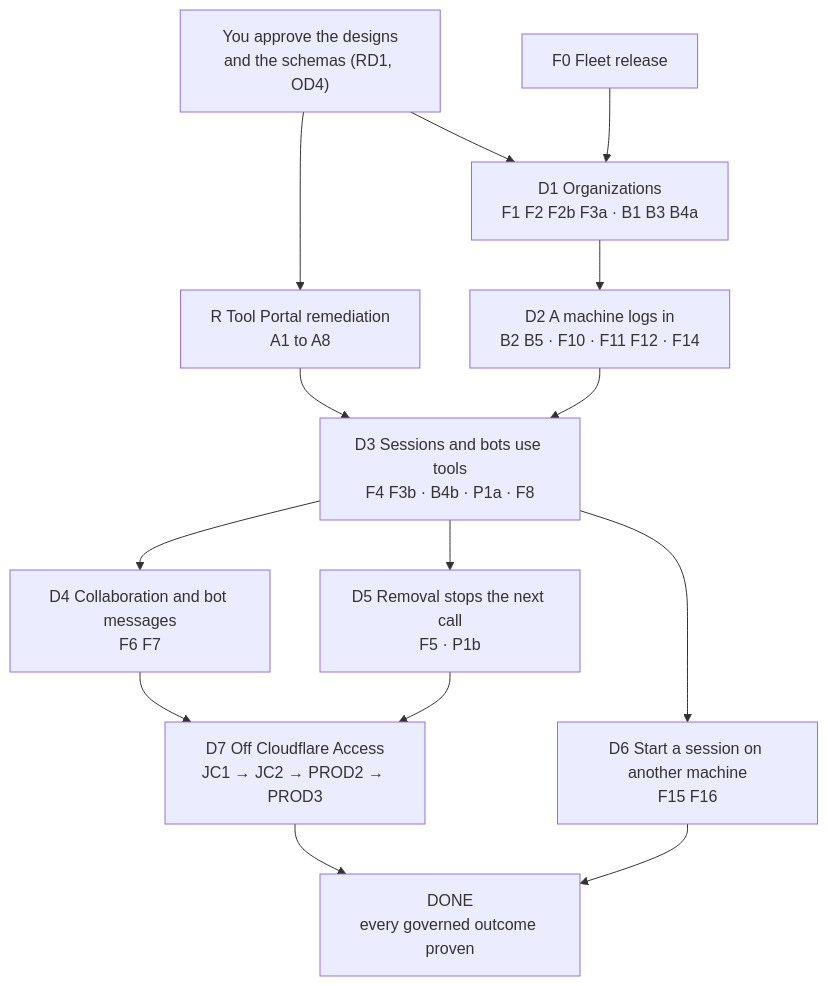
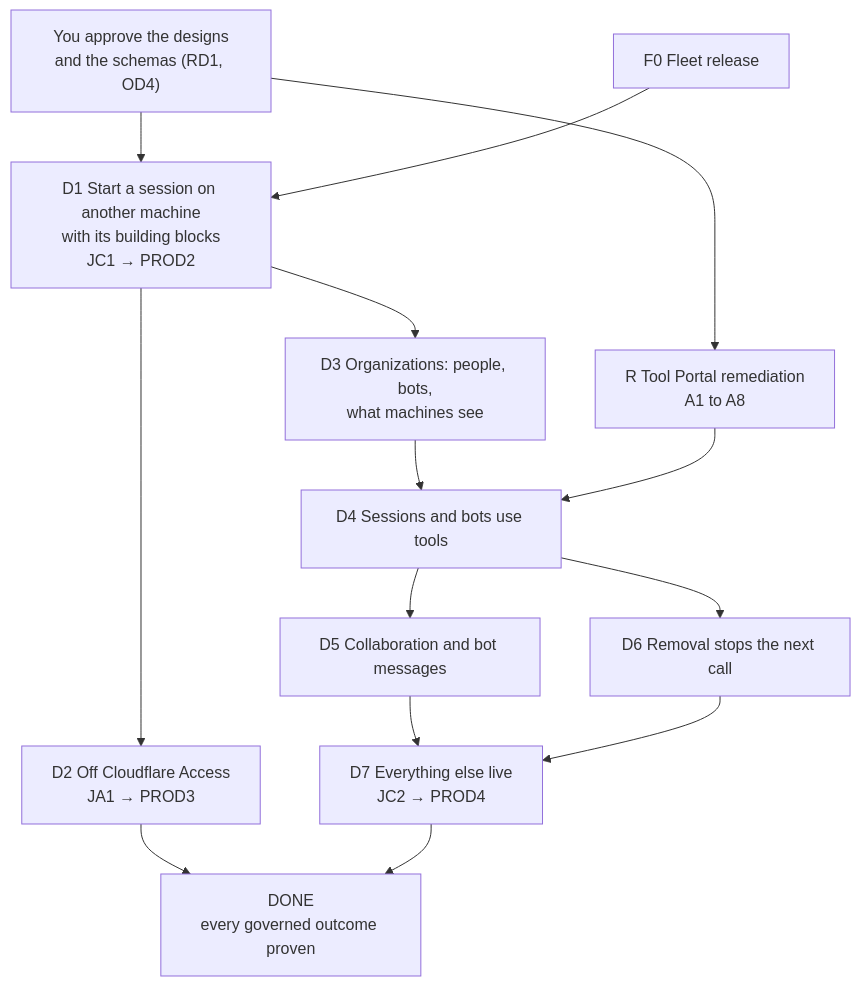
One commit to ShravanSunder/agent-vm changed the diagram in docs/specs/2026-10-24-delivery-orchestration/program-design.md. Above: the diagram before and after it, drawn with Mermaid. The commit also changed other lines of this file and 19 other files, not shown here.

````diff
--- a/docs/specs/2026-10-24-delivery-orchestration/program-design.md
+++ b/docs/specs/2026-10-24-delivery-orchestration/program-design.md
@@ -7,27 +7,27 @@
 ```mermaid
 flowchart TB
   APPROVE["You approve the designs<br/>and the schemas (RD1, OD4)"]
   F0["F0 Fleet release"]
   R["R Tool Portal remediation<br/>A1 to A8"]
-  D1["D1 Organizations<br/>F1 F2 F2b F3a · B1 B3 B4a"]
-  D2["D2 A machine logs in<br/>B2 B5 · F10 · F11 F12 · F14"]
-  D3["D3 Sessions and bots use tools<br/>F4 F3b · B4b · P1a · F8"]
-  D4["D4 Collaboration and bot messages<br/>F6 F7"]
-  D5["D5 Removal stops the next call<br/>F5 · P1b"]
-  D6["D6 Start a session on another machine<br/>F15 F16"]
-  D7["D7 Off Cloudflare Access<br/>JC1 → JC2 → PROD2 → PROD3"]
+  D1["D1 Start a session on another machine<br/>with its building blocks<br/>JC1 → PROD2"]
+  D2["D2 Off Cloudflare Access<br/>JA1 → PROD3"]
+  D3["D3 Organizations: people, bots,<br/>what machines see"]
+  D4["D4 Sessions and bots use tools"]
+  D5["D5 Collaboration and bot messages"]
+  D6["D6 Removal stops the next call"]
+  D7["D7 Everything else live<br/>JC2 → PROD4"]
   DONE["DONE<br/>every governed outcome proven"]
   APPROVE --> R
   APPROVE --> D1
   F0 --> D1
   D1 --> D2
-  D2 --> D3
-  R --> D3
+  D1 --> D3
   D3 --> D4
-  D3 --> D5
-  D3 --> D6
-  D4 --> D7
+  R --> D4
+  D4 --> D5
+  D4 --> D6
   D5 --> D7
-  D6 --> DONE
+  D6 --> D7
+  D2 --> DONE
   D7 --> DONE
 ```
````
